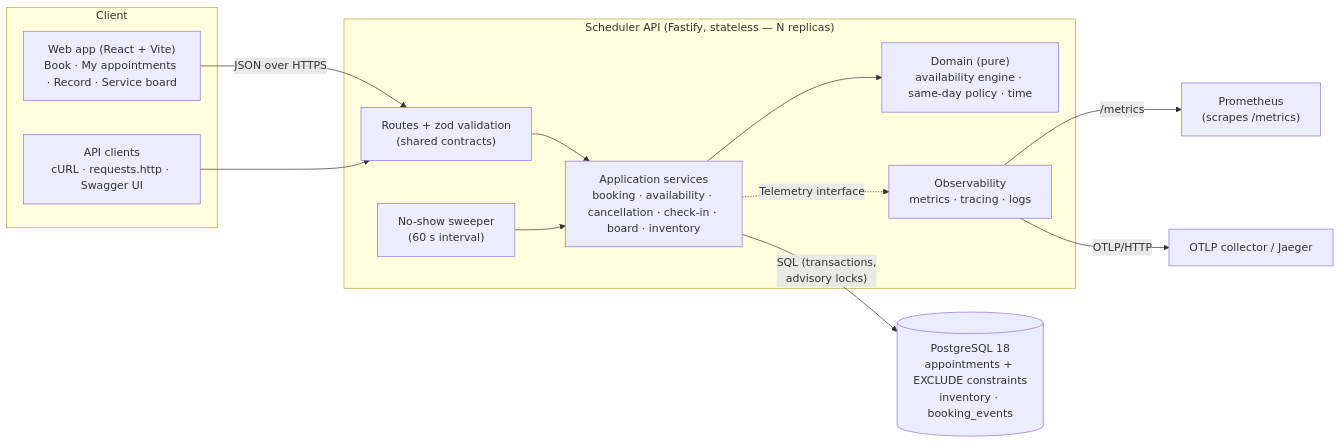
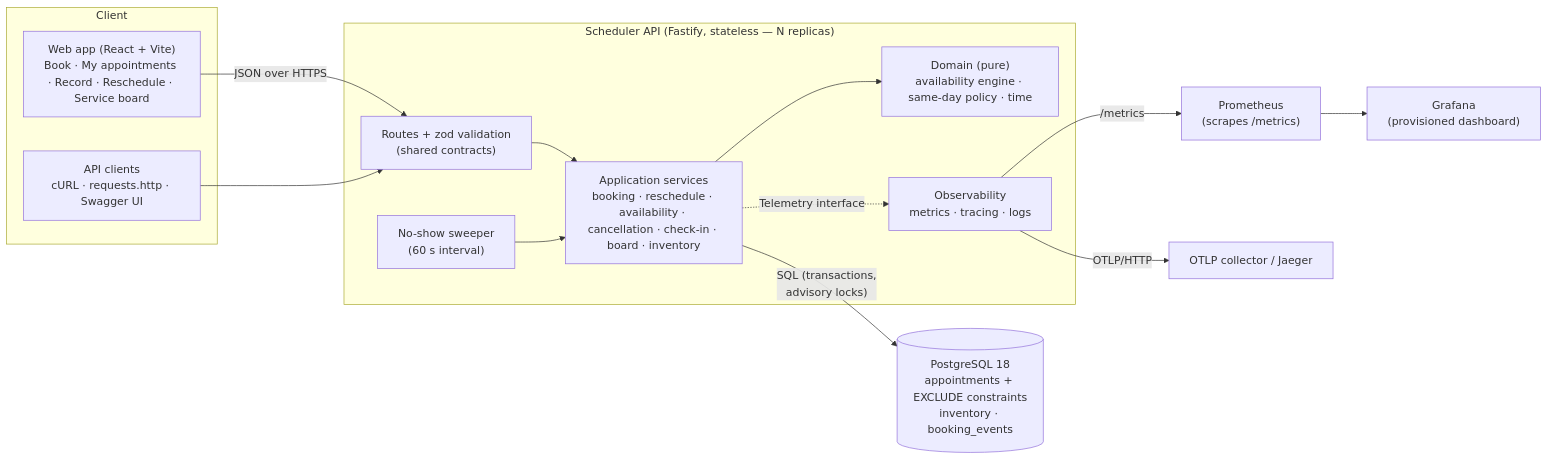
Before and after one commit to DuckHweeee/service-scheduler: the first of 4 diagrams in docs/SYSTEM_DESIGN.md, drawn with Mermaid. The commit also changed other lines of this file and 5 other files, not shown here.

````diff
--- a/docs/SYSTEM_DESIGN.md
+++ b/docs/SYSTEM_DESIGN.md
@@ -22,28 +22,30 @@
 ```mermaid
 flowchart LR
   subgraph Client
-    W["Web app (React + Vite)<br/>Book · My appointments · Record · Service board"]
+    W["Web app (React + Vite)<br/>Book · My appointments · Record · Reschedule · Service board"]
     C["API clients<br/>cURL · requests.http · Swagger UI"]
   end
 
   subgraph API["Scheduler API (Fastify, stateless — N replicas)"]
     R["Routes + zod validation<br/>(shared contracts)"]
-    S["Application services<br/>booking · availability · cancellation · check-in · board · inventory"]
+    S["Application services<br/>booking · reschedule · availability · cancellation · check-in · board · inventory"]
     D["Domain (pure)<br/>availability engine · same-day policy · time"]
     SW["No-show sweeper<br/>(60 s interval)"]
     O["Observability<br/>metrics · tracing · logs"]
     R --> S --> D
     SW --> S
     S -. Telemetry interface .-> O
   end
 
   PG[("PostgreSQL 18<br/>appointments + EXCLUDE constraints<br/>inventory · booking_events")]
   PROM["Prometheus<br/>(scrapes /metrics)"]
+  GRAF["Grafana<br/>(provisioned dashboard)"]
   OTEL["OTLP collector / Jaeger"]
 
   W -- "JSON over HTTPS" --> R
   C --> R
   S -- "SQL (transactions,<br/>advisory locks)" --> PG
   O -- "/metrics" --> PROM
+  PROM --> GRAF
   O -- "OTLP/HTTP" --> OTEL
 ```
````
